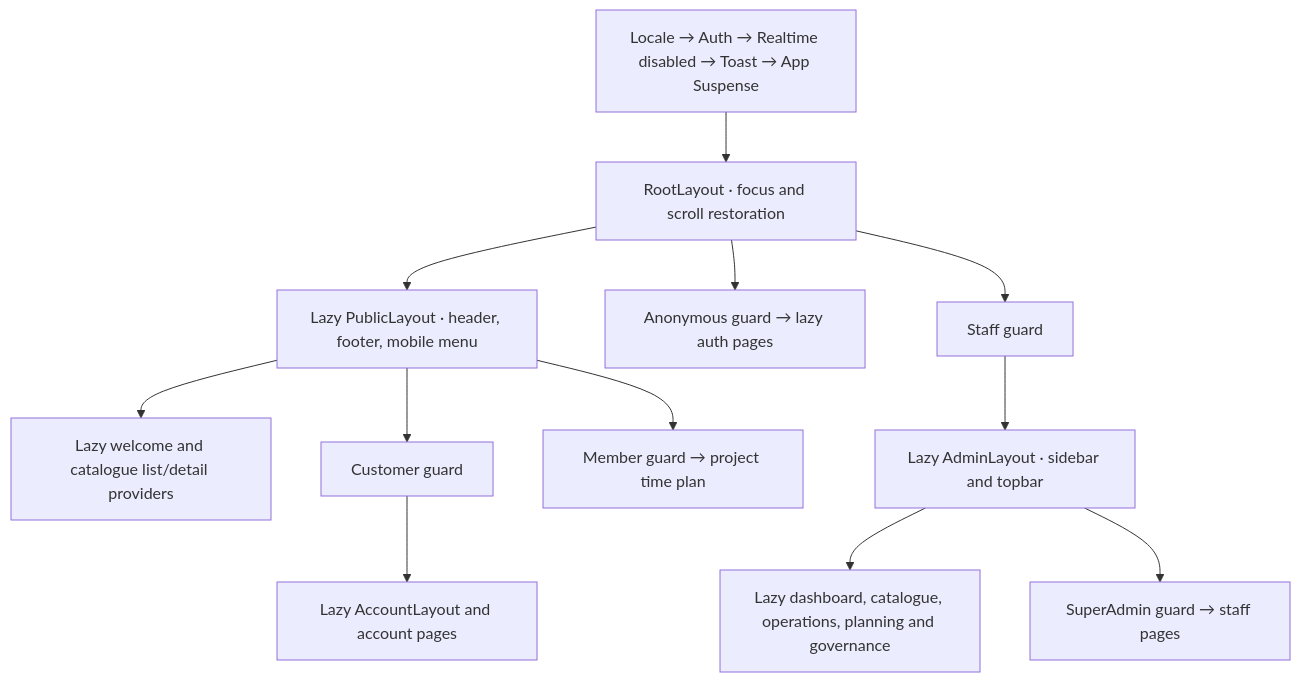
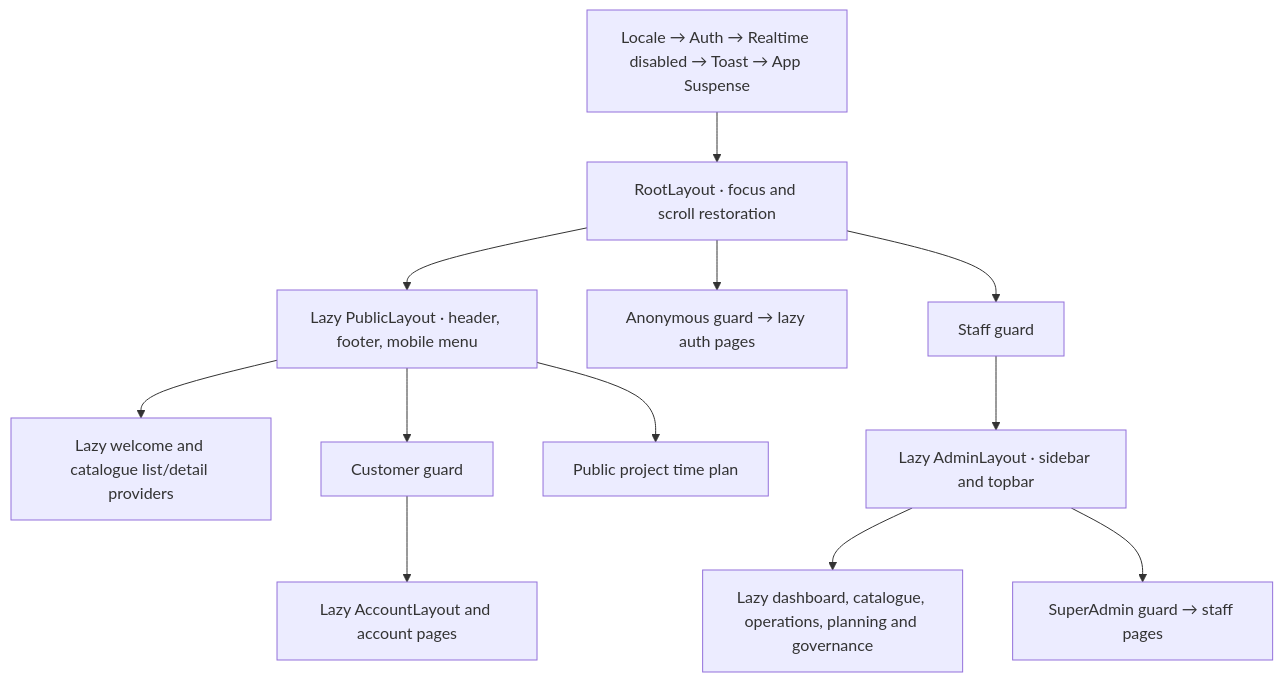
The diagram in docs/routing-access.md (mazen-khattab/Brouj_front-end), drawn with Mermaid before and after one commit. The commit also changed other lines of this file and 59 other files, not shown here.

````diff
--- a/docs/routing-access.md
+++ b/docs/routing-access.md
@@ -74,14 +74,14 @@
 ```mermaid
 flowchart TD
     Foundations[Locale → Auth → Realtime disabled → Toast → App Suspense] --> Root[RootLayout · focus and scroll restoration]
     Root --> Public[Lazy PublicLayout · header, footer, mobile menu]
     Public --> PublicPages[Lazy welcome and catalogue list/detail providers]
     Public --> CustomerGuard[Customer guard]
     CustomerGuard --> Account[Lazy AccountLayout and account pages]
-    Public --> MemberGuard[Member guard → project time plan]
+    Public --> PublicPlan[Public project time plan]
     Root --> AnonymousGuard[Anonymous guard → lazy auth pages]
     Root --> StaffGuard[Staff guard]
     StaffGuard --> Admin[Lazy AdminLayout · sidebar and topbar]
     Admin --> AdminPages[Lazy dashboard, catalogue, operations, planning and governance]
     Admin --> SuperGuard[SuperAdmin guard → staff pages]
 ```
````
